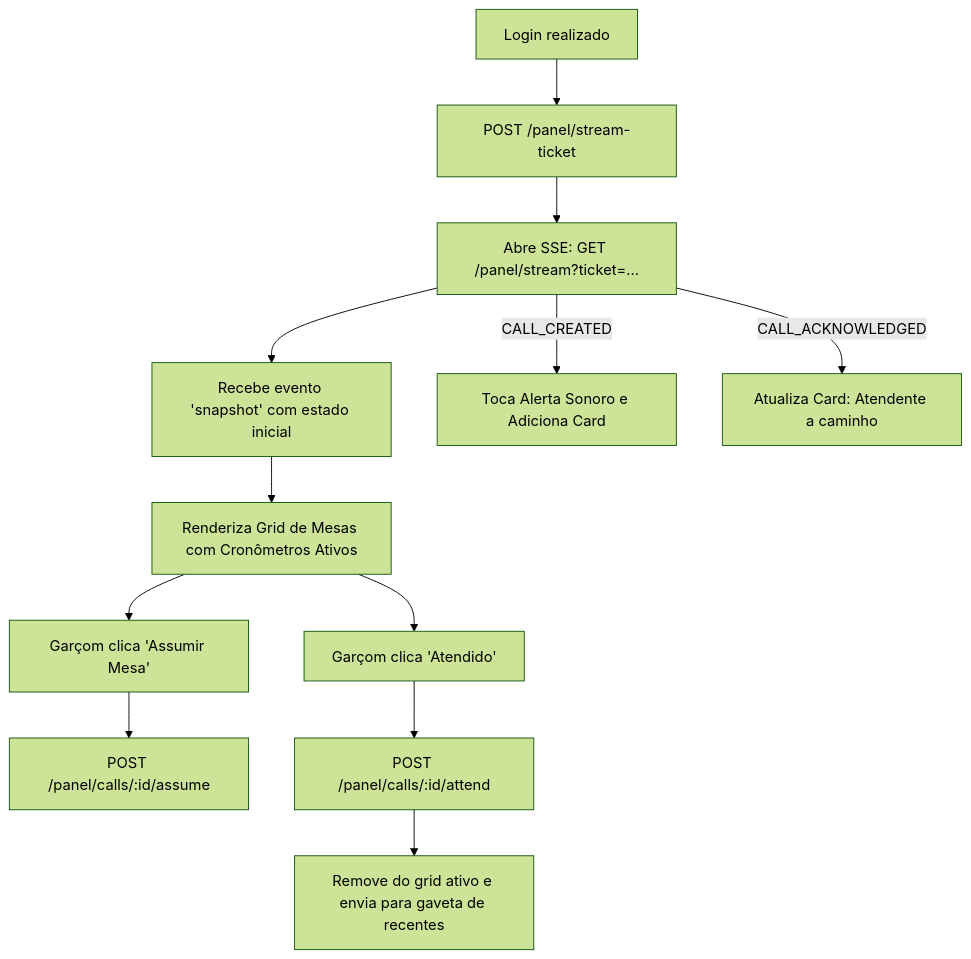
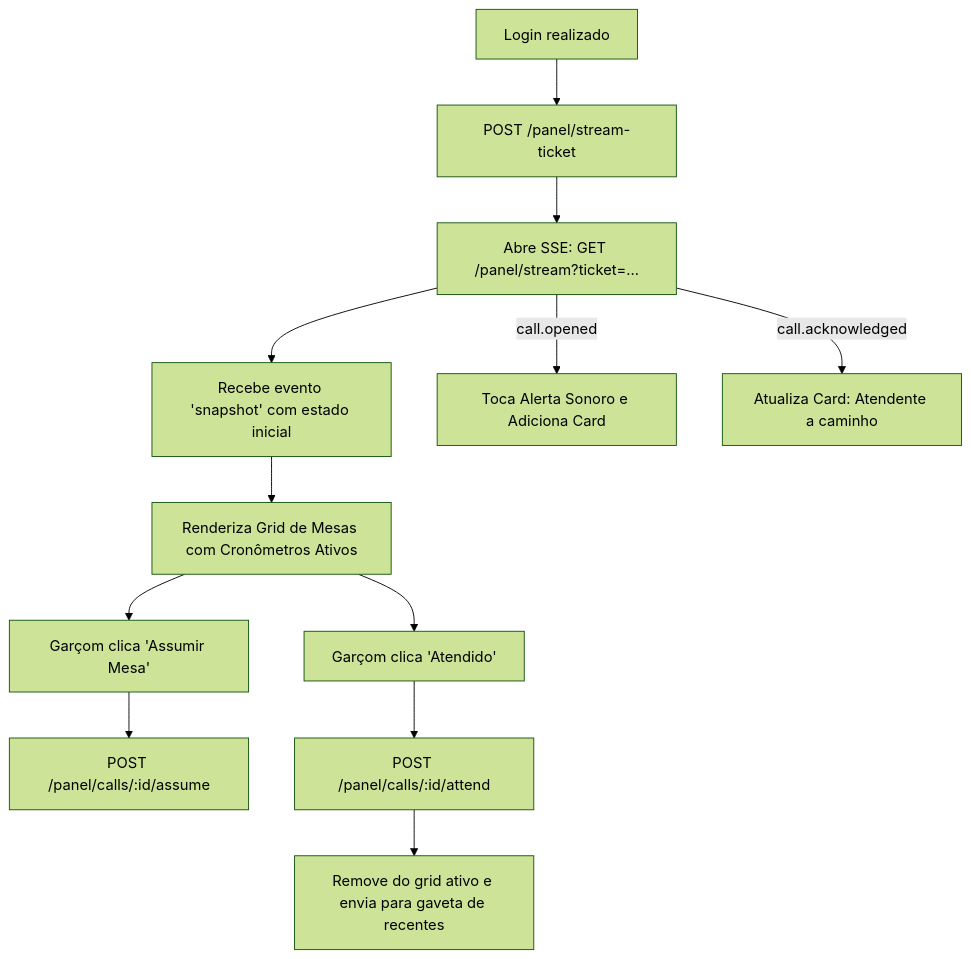
Before and after one commit to Victor-Novais/TapMesa: the second of 2 diagrams in docs/api/FRONTEND_ENDPOINT_MAPPING.md, drawn with Mermaid (forest theme). The commit also changed other lines of this file and 68 other files, not shown here.

````diff
--- a/docs/api/FRONTEND_ENDPOINT_MAPPING.md
+++ b/docs/api/FRONTEND_ENDPOINT_MAPPING.md
@@ -54,17 +54,17 @@
 ```mermaid
 flowchart TD
     LoginStaff[Login realizado] --> RequestTicket[POST /panel/stream-ticket]
     RequestTicket --> OpenSSE[Abre SSE: GET /panel/stream?ticket=...]
     OpenSSE --> ReceiveSnapshot[Recebe evento 'snapshot' com estado inicial]
     ReceiveSnapshot --> RenderGrid[Renderiza Grid de Mesas com Cronômetros Ativos]
 
-    OpenSSE -->|CALL_CREATED| Beep[Toca Alerta Sonoro e Adiciona Card]
-    OpenSSE -->|CALL_ACKNOWLEDGED| UpdateCard[Atualiza Card: Atendente a caminho]
+    OpenSSE -->|call.opened| Beep[Toca Alerta Sonoro e Adiciona Card]
+    OpenSSE -->|call.acknowledged| UpdateCard[Atualiza Card: Atendente a caminho]
 
     RenderGrid --> ClickAssume[Garçom clica 'Assumir Mesa']
     ClickAssume --> PostAssume[POST /panel/calls/:id/assume]
 
     RenderGrid --> ClickAttend[Garçom clica 'Atendido']
     ClickAttend --> PostAttend[POST /panel/calls/:id/attend]
     PostAttend --> MoveToRecent[Remove do grid ativo e envia para gaveta de recentes]
 ```
````
